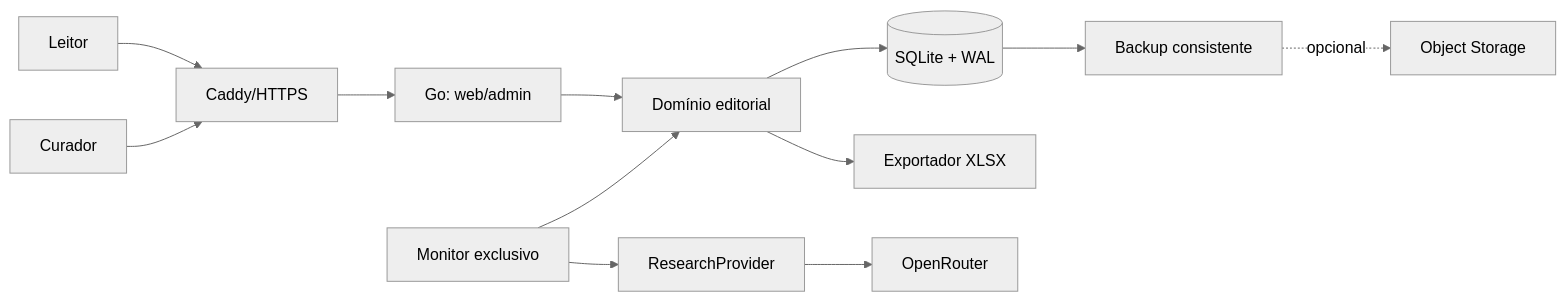
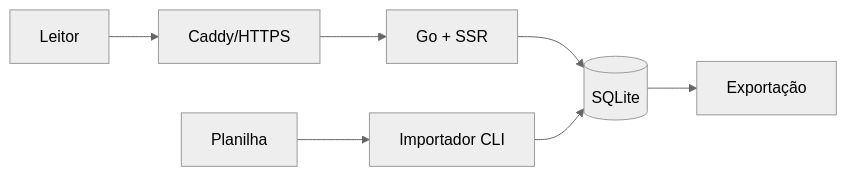
The diagram in README.md (raphaieu/vorcarozap), drawn with Mermaid (neutral theme) before and after one commit. The commit also changed other lines of this file and 14 other files, not shown here.

````diff
--- a/README.md
+++ b/README.md
@@ -15,14 +28,9 @@
 ```mermaid
 flowchart LR
   U[Leitor] --> C[Caddy/HTTPS]
-  A[Curador] --> C
-  C --> W[Go: web/admin]
-  W --> D[Domínio editorial]
-  D --> S[(SQLite + WAL)]
-  D --> X[Exportador XLSX]
-  M[Monitor exclusivo] --> R[ResearchProvider]
-  R --> O[OpenRouter]
-  M --> D
-  S --> B[Backup consistente]
-  B -. opcional .-> OBJ[Object Storage]
+  C --> G[Go + SSR]
+  G --> S[(SQLite)]
+  XLSX[Planilha] --> CLI[Importador CLI]
+  CLI --> S
+  S --> EXP[Exportação]
 ```
````
